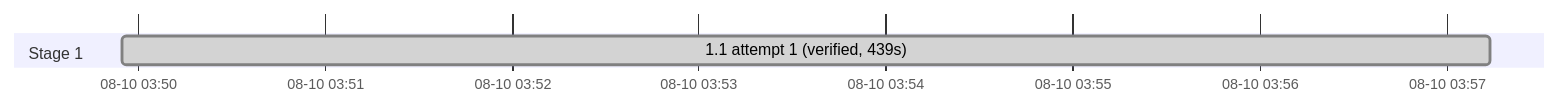
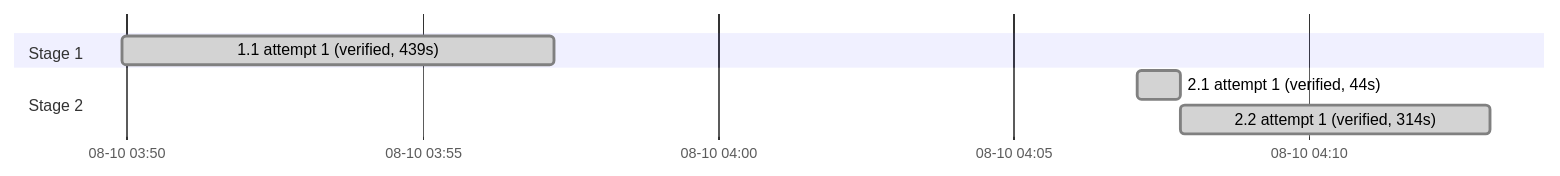
Before and after one commit to sohampatwardhan/json-tables: the diagram in .specs/json-visualizer/05_execution.md, drawn with Mermaid. The commit also changed other lines of this file and 8 other files, not shown here.

````diff
--- a/.specs/json-visualizer/05_execution.md
+++ b/.specs/json-visualizer/05_execution.md
@@ -46,7 +48,10 @@
 ```mermaid
 gantt
     dateFormat YYYY-MM-DDTHH:mm:ss
     axisFormat %m-%d %H:%M
     section Stage 1
     1.1 attempt 1 (verified, 439s) :done, b_1_1_attempt1, 2026-08-10T03:49:55, 2026-08-10T03:57:14
+    section Stage 2
+    2.1 attempt 1 (verified, 44s) :done, b_2_1_attempt1, 2026-08-10T04:07:06, 2026-08-10T04:07:50
+    2.2 attempt 1 (verified, 314s) :done, b_2_2_attempt1, 2026-08-10T04:07:50, 2026-08-10T04:13:04
 ```
````
